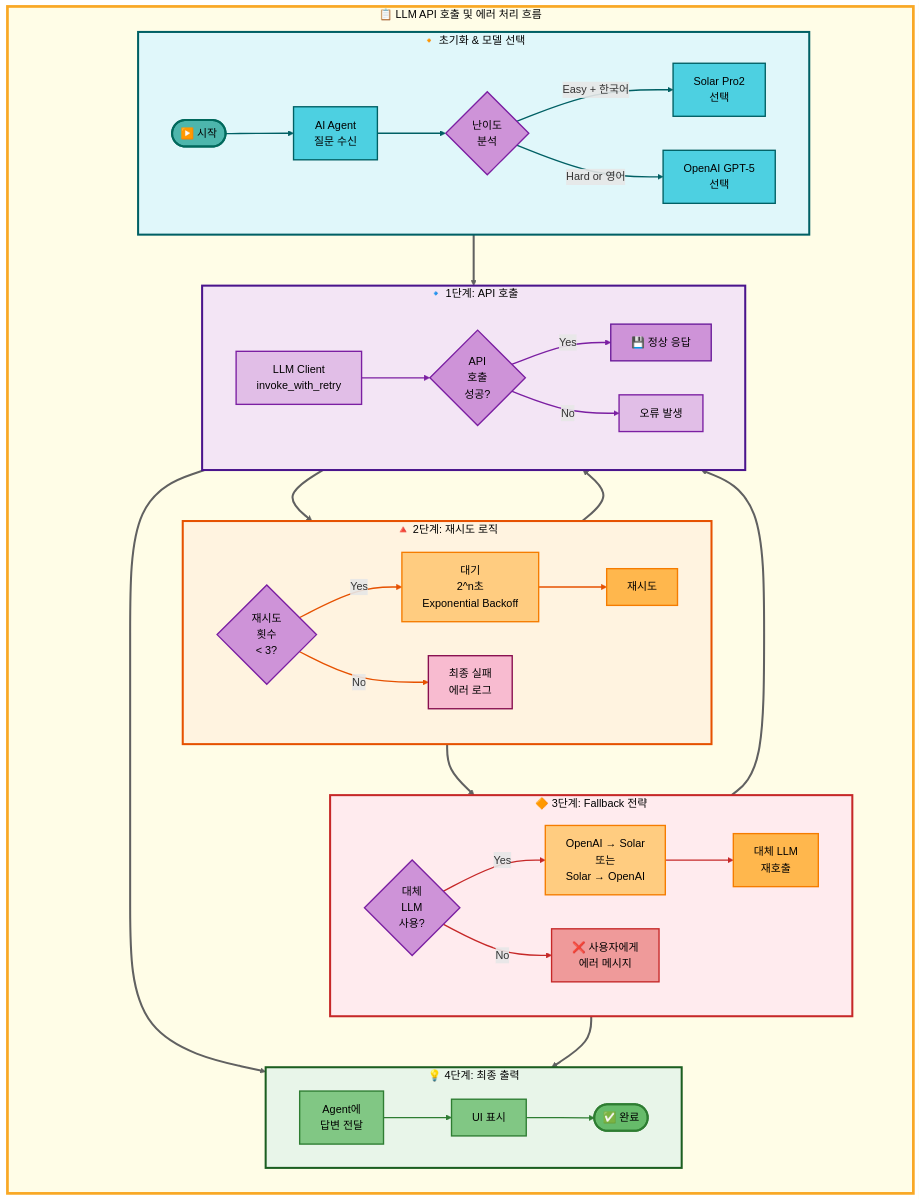
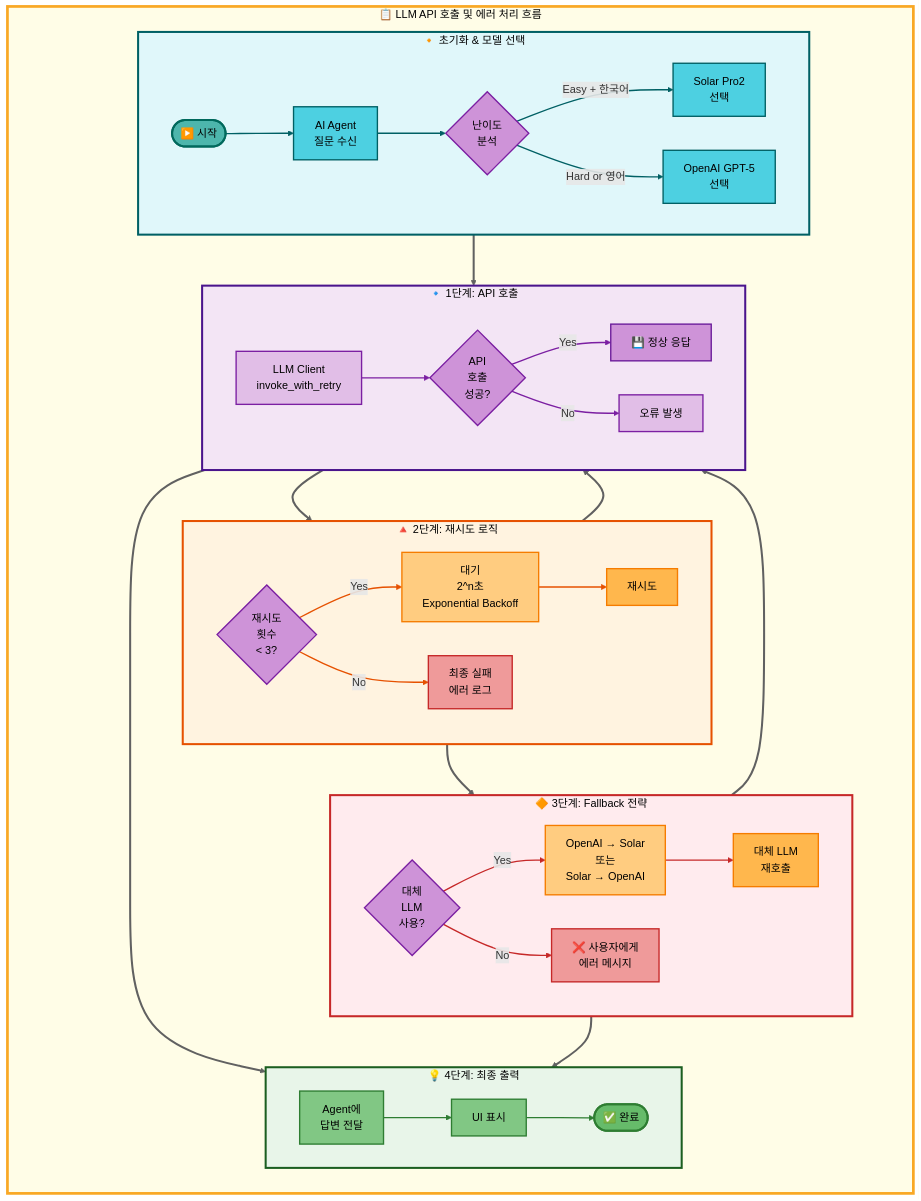
Before and after one commit to AIBootcamp14/langchainproject-new-langchainproject_5: the diagram in docs/architecture/mermaid/05_LLM_호출_아키텍처.md, drawn with Mermaid.

Commit message:
fix: 2단계 최종 실패 에러 로그 노드 색상 통일
- K노드(최종 실패 에러 로그)를 O노드(사용자 에러 메시지)와 동일한 색상으로 변경
- fill:#ef9a9a, stroke:#c62828 (빨강 계열)
- 에러 관련 노드 색상 일관성 확보

```diff
--- a/docs/architecture/mermaid/05_LLM_호출_아키텍처.md
+++ b/docs/architecture/mermaid/05_LLM_호출_아키텍처.md
@@ -90,7 +90,7 @@
     %% 노드 스타일 (2단계 - 주황 계열)
     style I fill:#ce93d8,stroke:#7b1fa2,stroke-width:2px,color:#000
     style J fill:#ffcc80,stroke:#f57c00,stroke-width:2px,color:#000
-    style K fill:#f8bbd0,stroke:#880e4f,stroke-width:2px,color:#000
+    style K fill:#ef9a9a,stroke:#c62828,stroke-width:2px,color:#000
     style L fill:#ffb74d,stroke:#f57c00,stroke-width:2px,color:#000
 
     %% 노드 스타일 (3단계 - 주황/빨강 계열)
```
